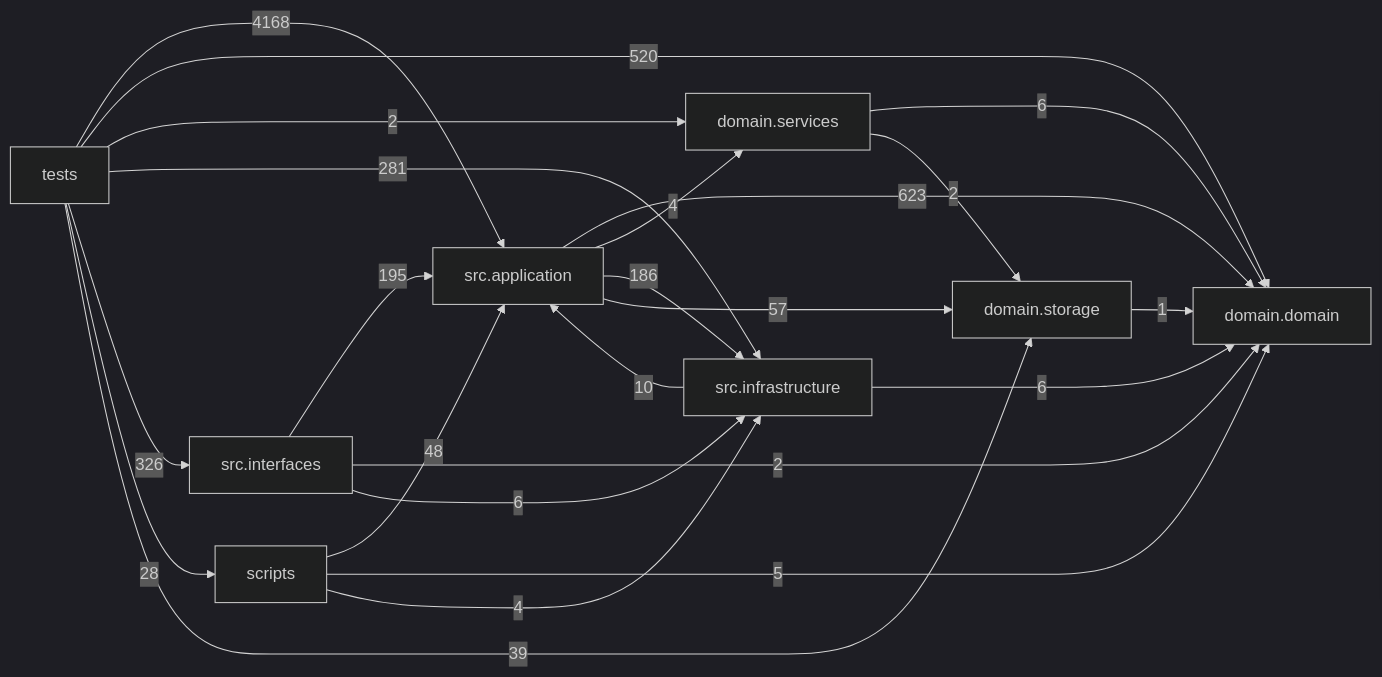
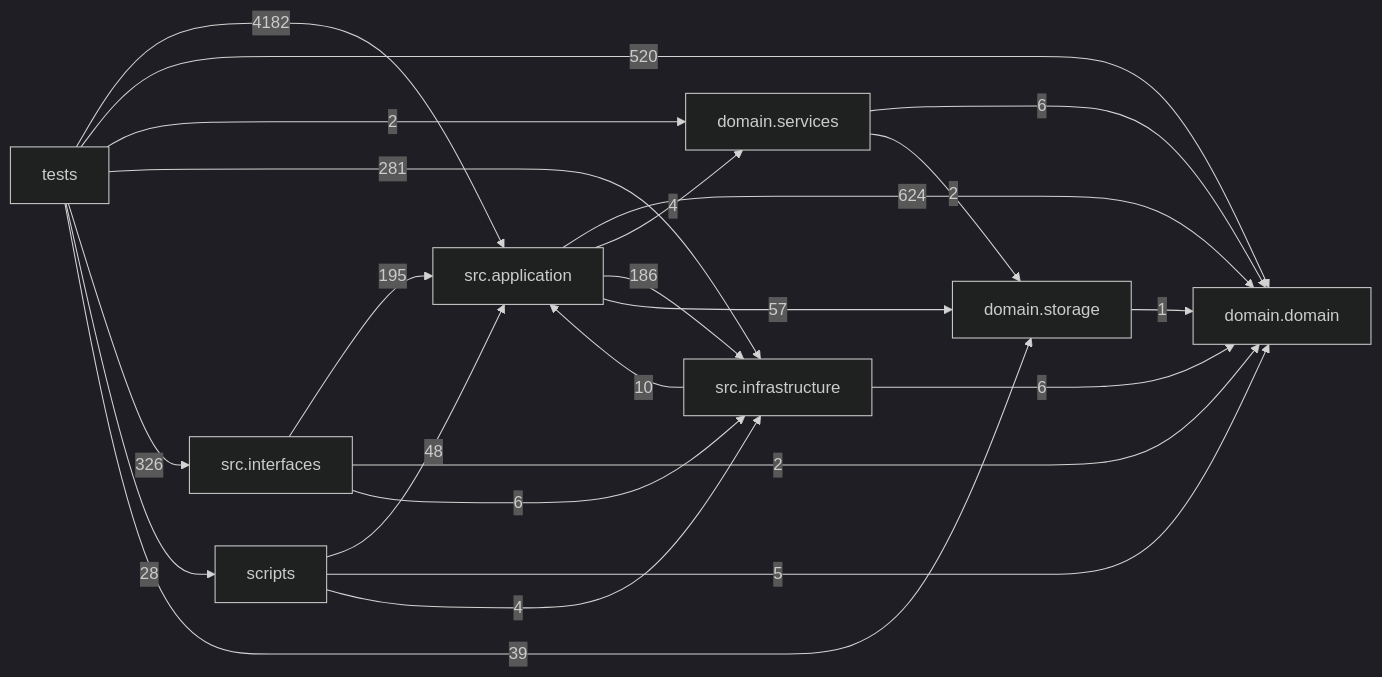
One commit to liuxie066/options-monitor changed the diagram in docs/DEPENDENCY_GRAPH.md. Above: the diagram before and after it, drawn with Mermaid (dark theme). The commit also changed other lines of this file and 11 other files, not shown here.

````diff
--- a/docs/DEPENDENCY_GRAPH.md
+++ b/docs/DEPENDENCY_GRAPH.md
@@ -24,33 +24,33 @@
 ```mermaid
 flowchart LR
   tests["tests"]
   scripts["scripts"]
   interfaces["src.interfaces"]
   application["src.application"]
   infrastructure["src.infrastructure"]
   domain_services["domain.services"]
   domain["domain.domain"]
   storage["domain.storage"]
-  application -->|623| domain
+  application -->|624| domain
   application -->|4| domain_services
   application -->|186| infrastructure
   application -->|57| storage
   domain_services -->|6| domain
   domain_services -->|2| storage
   infrastructure -->|10| application
   infrastructure -->|6| domain
   interfaces -->|195| application
   interfaces -->|2| domain
   interfaces -->|6| infrastructure
   scripts -->|48| application
   scripts -->|5| domain
   scripts -->|4| infrastructure
   storage -->|1| domain
-  tests -->|4168| application
+  tests -->|4182| application
   tests -->|520| domain
   tests -->|2| domain_services
   tests -->|281| infrastructure
   tests -->|326| interfaces
   tests -->|28| scripts
   tests -->|39| storage
 ```
````
